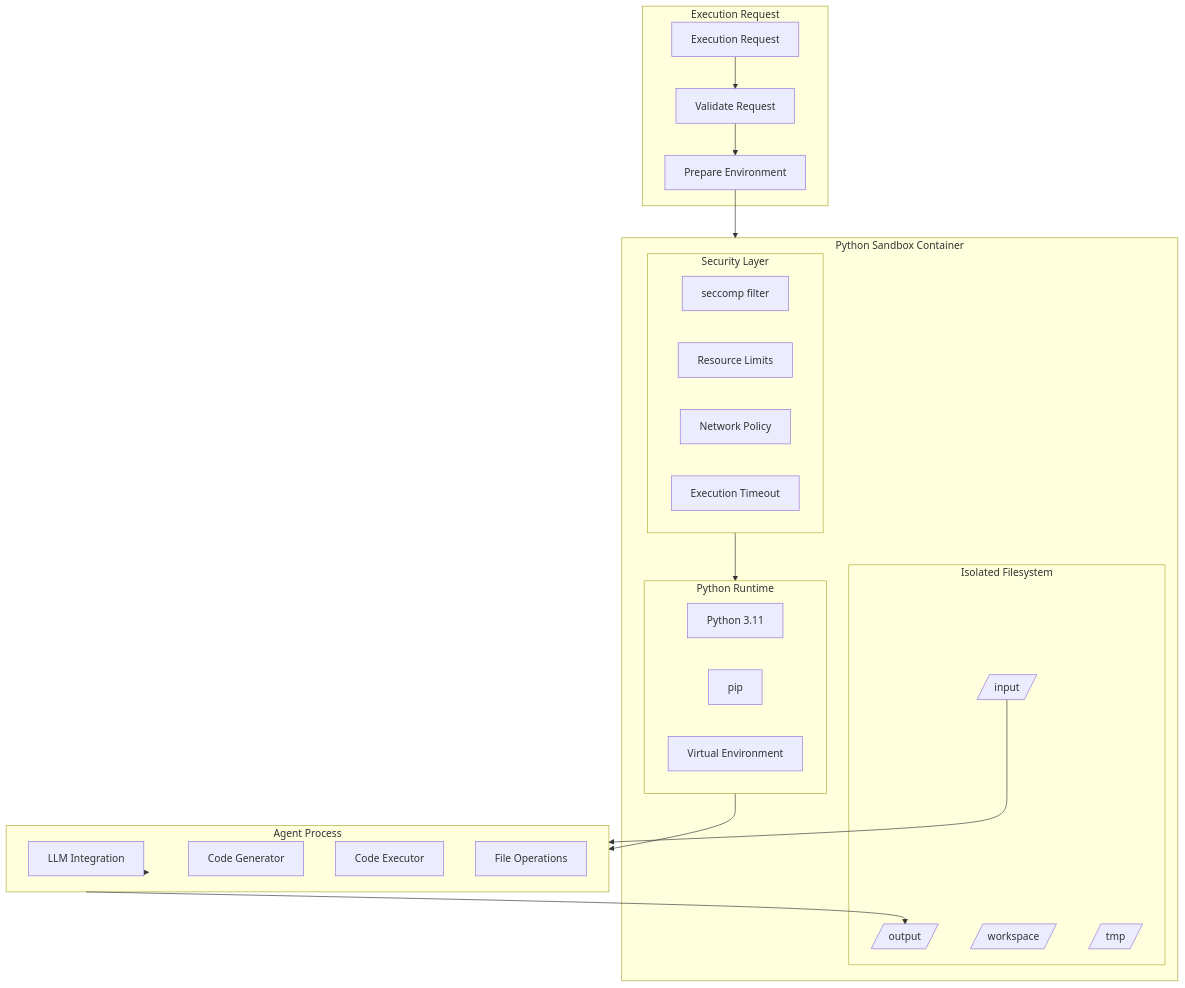
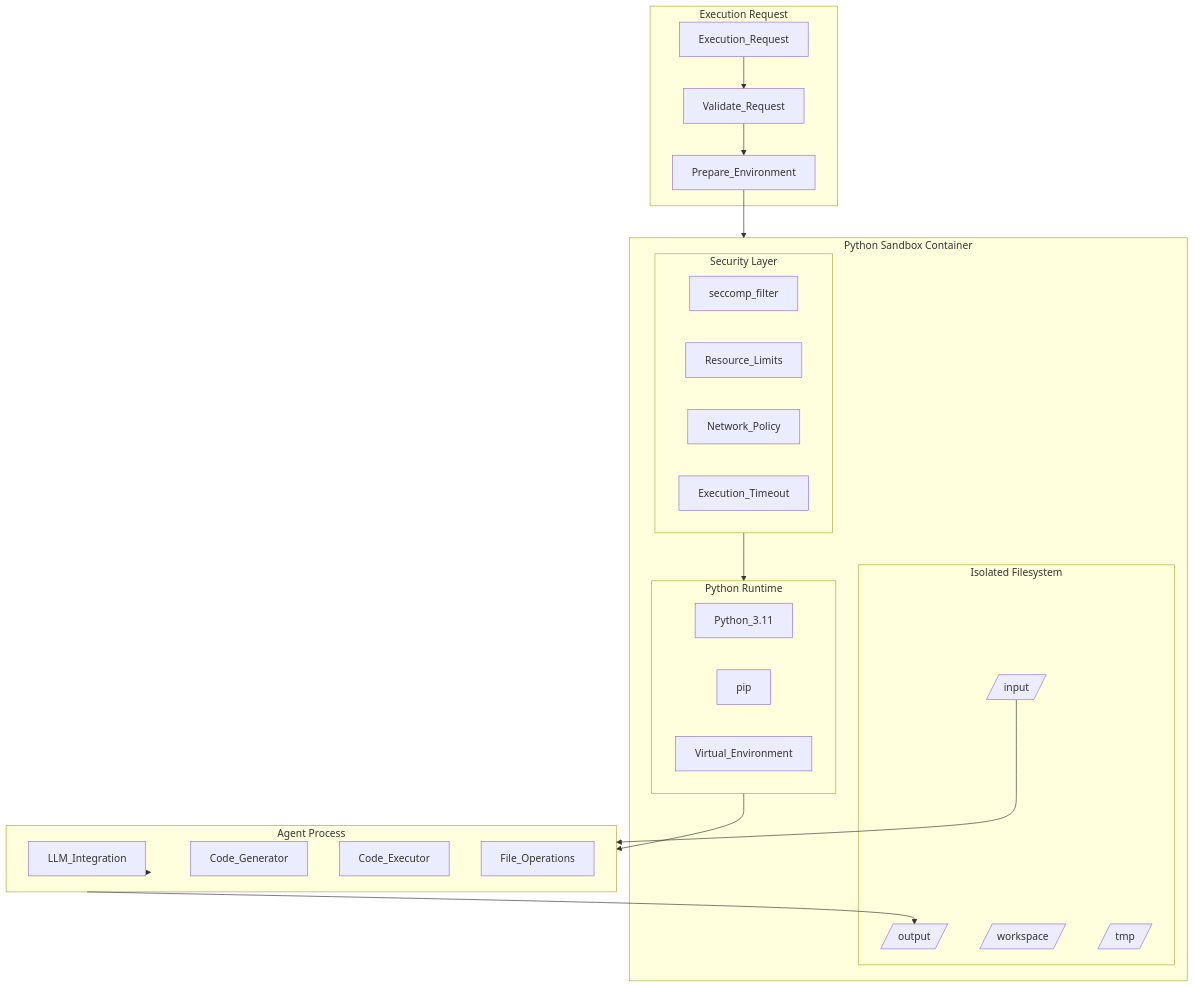
One commit to robertrittmuller/workerbee changed the fifth of 7 diagrams in plans/workerbee-architecture.md. Above: the diagram before and after it, drawn with Mermaid. The commit also changed other lines of this file, not shown here.

````diff
--- a/plans/workerbee-architecture.md
+++ b/plans/workerbee-architecture.md
@@ -473,48 +473,48 @@
 ```mermaid
 flowchart TB
     subgraph Execution [Execution Request]
-        REQ[Execution Request]
-        VALIDATE[Validate Request]
-        PREPARE[Prepare Environment]
+        REQ[Execution_Request]
+        VALIDATE[Validate_Request]
+        PREPARE[Prepare_Environment]
     end
     
     subgraph Sandbox [Python Sandbox Container]
         subgraph FS [Isolated Filesystem]
             INPUT[/input/]
             OUTPUT[/output/]
             CODE[/workspace/]
             TEMP[/tmp/]
         end
         
         subgraph Runtime [Python Runtime]
-            PY[Python 3.11]
+            PY[Python_3.11]
             PIP[pip]
-            VENV[Virtual Environment]
+            VENV[Virtual_Environment]
         end
         
         subgraph Security [Security Layer]
-            SECCOMP[seccomp filter]
-            RLIMIT[Resource Limits]
-            NETWORK[Network Policy]
-            TIMEOUT[Execution Timeout]
+            SECCOMP[seccomp_filter]
+            RLIMIT[Resource_Limits]
+            NETWORK[Network_Policy]
+            TIMEOUT[Execution_Timeout]
         end
     end
     
     subgraph Agent [Agent Process]
-        LLM[LLM Integration]
-        CODEGEN[Code Generator]
-        EXEC[Code Executor]
-        FILEOPS[File Operations]
+        LLM[LLM_Integration]
+        CODEGEN[Code_Generator]
+        EXEC[Code_Executor]
+        FILEOPS[File_Operations]
     end
     
     REQ --> VALIDATE
     VALIDATE --> PREPARE
     PREPARE --> Sandbox
     
     INPUT --> Agent
     Agent --> OUTPUT
     Agent --> LLM
     
     Security --> Runtime
     Runtime --> Agent
 ```
````
